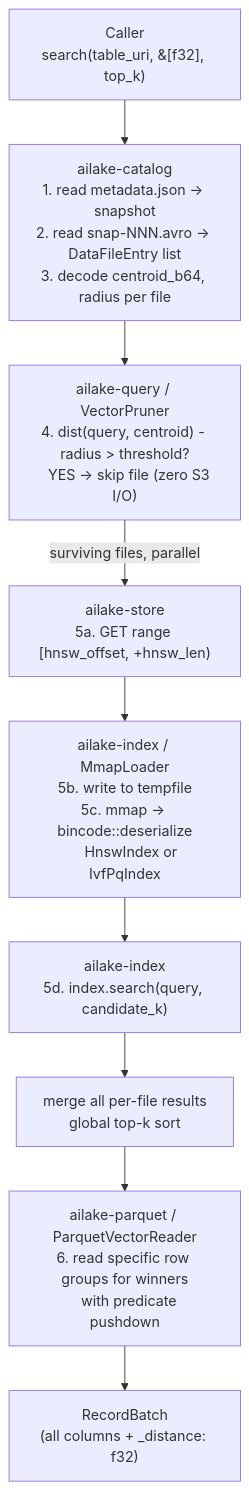
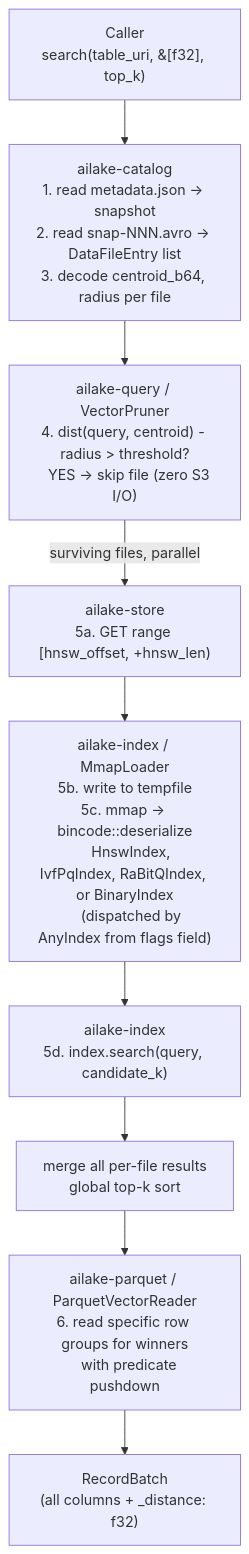
One commit to ailake-io/ai-lakehouse changed the second of 3 diagrams in docs/architecture/DATA_FLOW.md. Above: the diagram before and after it, drawn with Mermaid. The commit also changed other lines of this file and 11 other files, not shown here.

First line of the commit message:
docs: document Binary Hamming flat index across all SDKs and specs

````diff
--- a/docs/architecture/DATA_FLOW.md
+++ b/docs/architecture/DATA_FLOW.md
@@ -181,16 +214,16 @@
 ```mermaid
 flowchart TD
     C["Caller\nsearch(table_uri, &[f32], top_k)"]
     CAT["ailake-catalog\n1. read metadata.json → snapshot\n2. read snap-NNN.avro → DataFileEntry list\n3. decode centroid_b64, radius per file"]
     PRUNE["ailake-query / VectorPruner\n4. dist(query, centroid) - radius > threshold?\n   YES → skip file (zero S3 I/O)"]
     STORE["ailake-store\n5a. GET range [hnsw_offset, +hnsw_len)"]
-    MMAP["ailake-index / MmapLoader\n5b. write to tempfile\n5c. mmap → bincode::deserialize\n    HnswIndex or IvfPqIndex"]
+    MMAP["ailake-index / MmapLoader\n5b. write to tempfile\n5c. mmap → bincode::deserialize\n    HnswIndex, IvfPqIndex, RaBitQIndex, or BinaryIndex\n    (dispatched by AnyIndex from flags field)"]
     SEARCH["ailake-index\n5d. index.search(query, candidate_k)"]
     MERGE["merge all per-file results\nglobal top-k sort"]
     FETCH["ailake-parquet / ParquetVectorReader\n6. read specific row groups for winners\n   with predicate pushdown"]
     OUT["RecordBatch\n(all columns + _distance: f32)"]
 
     C --> CAT --> PRUNE
     PRUNE -->|surviving files, parallel| STORE --> MMAP --> SEARCH --> MERGE
     MERGE --> FETCH --> OUT
 ```
````
